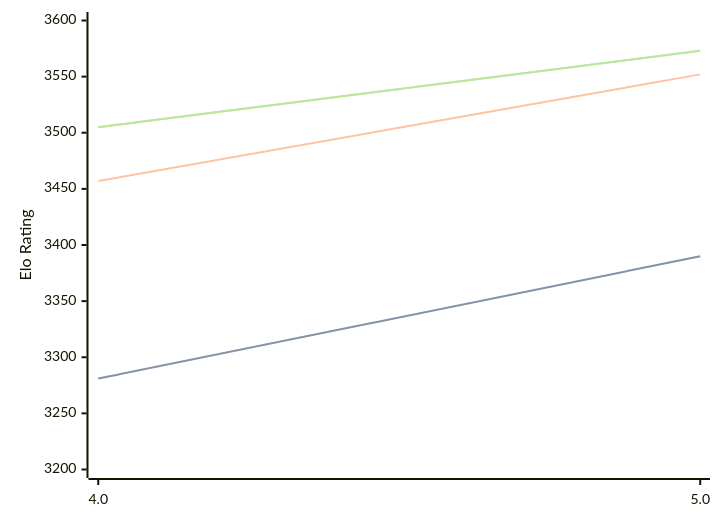
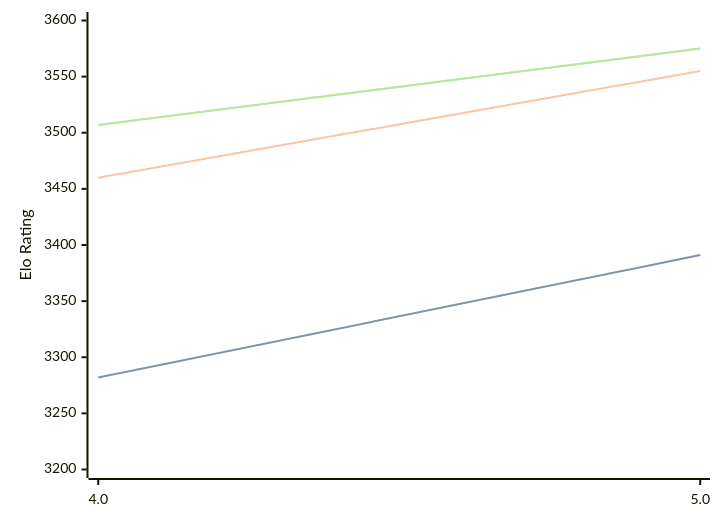
The diagram in engines/Tarnished.md (computer-chess-index/cci), drawn with Mermaid before and after one commit. The commit also changed other lines of this file, not shown here.

Commit message:
Update CCI Ratings (ELO VLTC) - 2026-04-11

````diff
--- a/engines/Tarnished.md
+++ b/engines/Tarnished.md
@@ -36,11 +36,11 @@
 ```mermaid
 %%{init: {"theme":"base","themeVariables":{"seriesColors:['#a3a3a3','#222221','#faa371']}}}%%
 xychart-beta
   x-axis ["4.0", "5.0"]
   y-axis "Elo Rating" 3200 --> 3600
-  line "STC (8.0+0.08s)" [3281, 3390]
-  line "STC (8.0+0.08s)" [3281, 3390]
-  line "LTC (60.0+0.60s)" [3457, 3552]
-  line "VLTC (2m24s+1.12s)" [3505, 3573]
-  line "VLTC (2m24s+1.12s)" [3505, 3573]
+  line "STC (8.0+0.08s)" [3282, 3391]
+  line "STC (8.0+0.08s)" [3282, 3391]
+  line "LTC (60.0+0.60s)" [3460, 3555]
+  line "VLTC (2m24s+1.12s)" [3507, 3575]
+  line "VLTC (2m24s+1.12s)" [3507, 3575]
 ```
````
